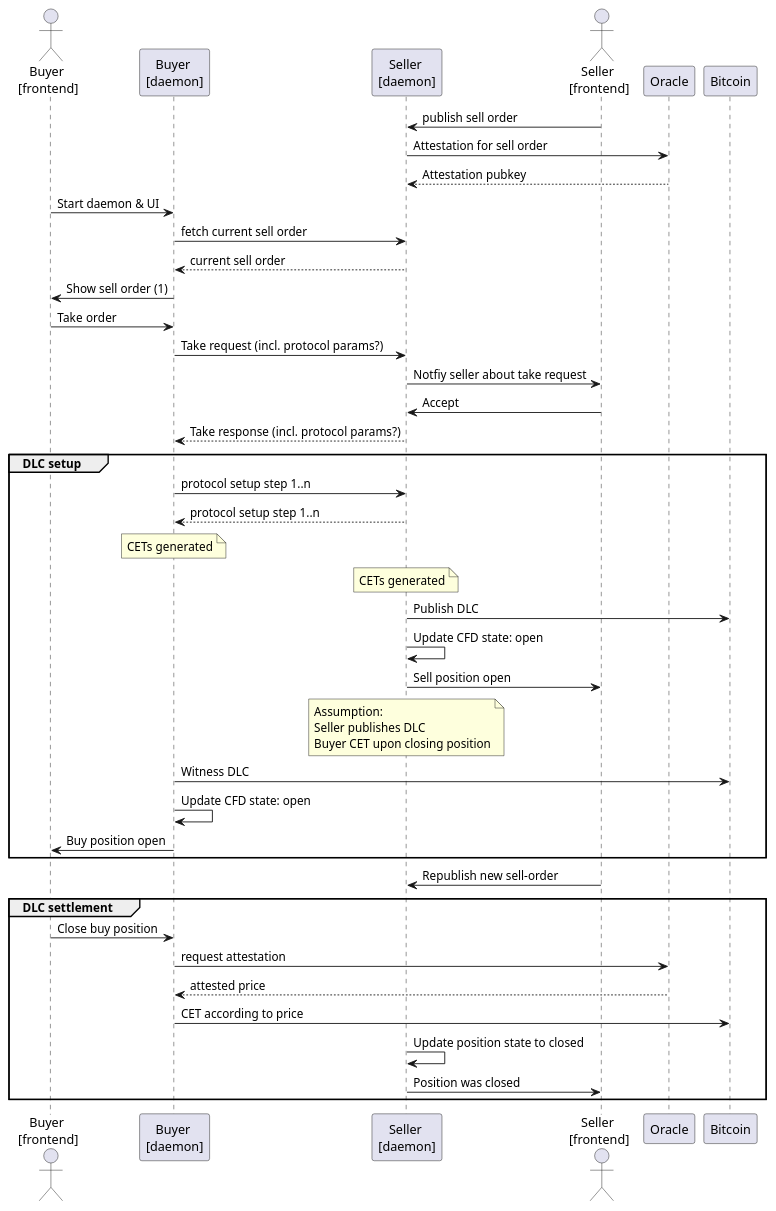
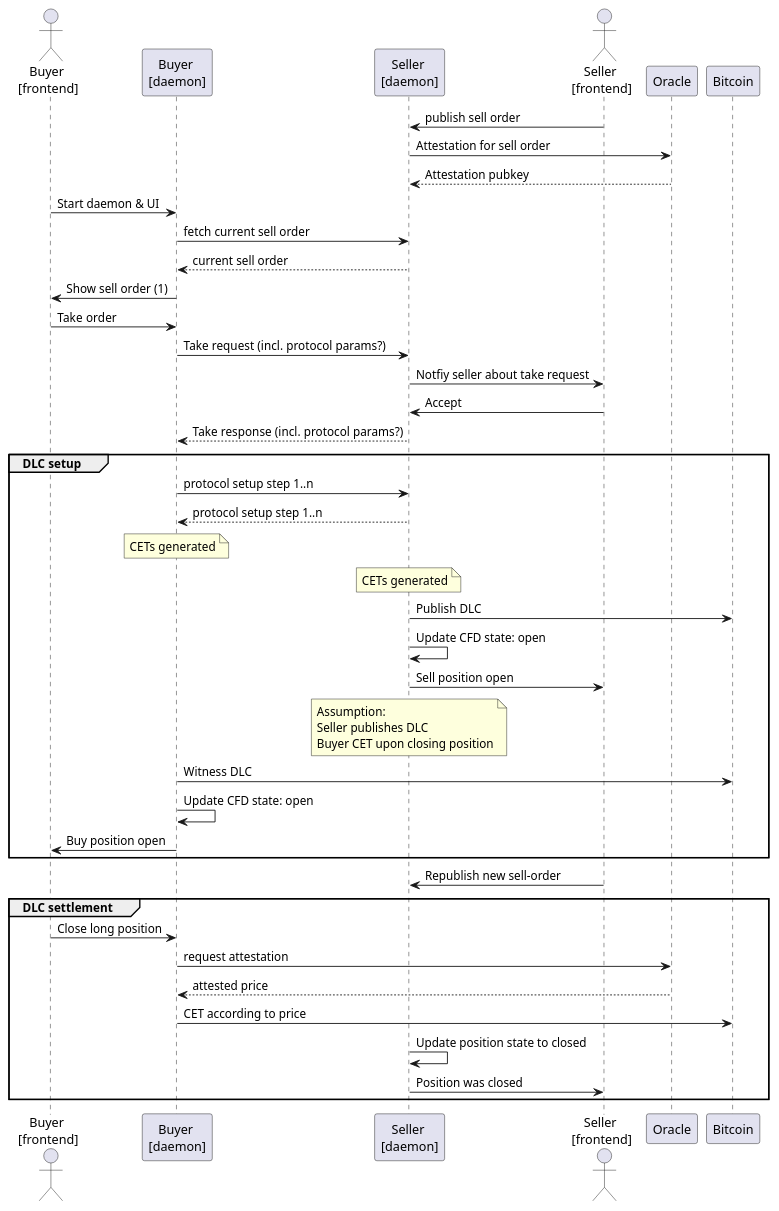
Before and after one commit to get10101/itchysats: the diagram in docs/asset/mvp_sequence_diagram.puml, drawn with PlantUML. The commit also changed 6 other files, not shown here.

First line of the commit message:
Change of Buy and Sell to Long and Short as appropriate.

```diff
--- a/docs/asset/mvp_sequence_diagram.puml
+++ b/docs/asset/mvp_sequence_diagram.puml
@@ -1,45 +1,45 @@
 @startuml
 
 actor "Buyer \n[frontend]" as User
 participant "Buyer \n[daemon]" as UserApp
 participant "Seller \n[daemon]" as SellerApp
 actor "Seller \n[frontend]" as Seller
 participant Oracle as Oracle
 participant Bitcoin as Bitcoin
 
 Seller -> SellerApp: publish sell order
 SellerApp -> Oracle: Attestation for sell order
 Oracle --> SellerApp: Attestation pubkey
 User -> UserApp: Start daemon & UI
 UserApp -> SellerApp: fetch current sell order
 SellerApp -->UserApp: current sell order
 UserApp -> User: Show sell order (1)
 User -> UserApp: Take order
 UserApp -> SellerApp: Take request (incl. protocol params?)
 SellerApp -> Seller: Notfiy seller about take request
 Seller -> SellerApp: Accept
 SellerApp --> UserApp: Take response (incl. protocol params?)
 group DLC setup
 UserApp -> SellerApp: protocol setup step 1..n
 SellerApp --> UserApp: protocol setup step 1..n
 note over UserApp : CETs generated
 note over SellerApp : CETs generated
 SellerApp -> Bitcoin: Publish DLC
 SellerApp -> SellerApp: Update CFD state: open
 SellerApp -> Seller: Sell position open
 note over SellerApp : Assumption: \nSeller publishes DLC \nBuyer CET upon closing position
 UserApp -> Bitcoin: Witness DLC
 UserApp -> UserApp: Update CFD state: open
 UserApp -> User: Buy position open
 end group
 Seller -> SellerApp: Republish new sell-order
 group DLC settlement
-User -> UserApp: Close buy position
+User -> UserApp: Close long position
 UserApp -> Oracle: request attestation
 Oracle --> UserApp: attested price
 UserApp -> Bitcoin: CET according to price
 SellerApp -> SellerApp: Update position state to closed
 SellerApp -> Seller: Position was closed
 end group
 
 @enduml
```
